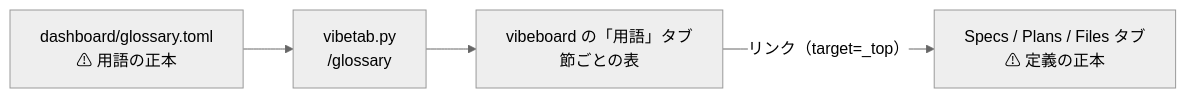
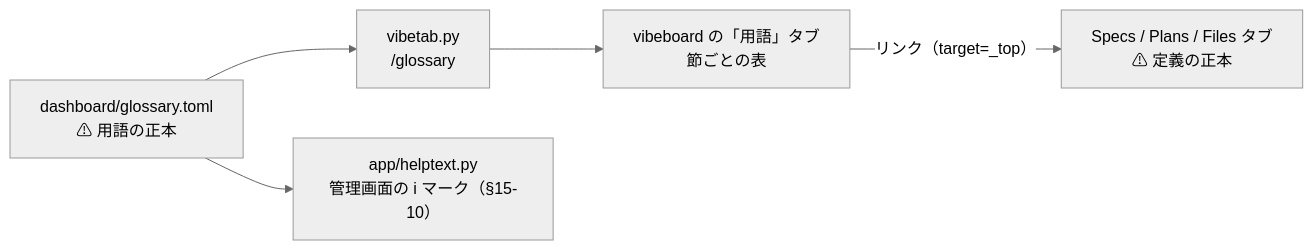
One commit to akiraak/ai-income-lab changed the seventh of 13 diagrams in docs/specs/dashboard.md. Above: the diagram before and after it, drawn with Mermaid (neutral theme). The commit also changed other lines of this file and 21 other files, not shown here.

````diff
--- a/docs/specs/dashboard.md
+++ b/docs/specs/dashboard.md
@@ -369,6 +369,7 @@
 ```mermaid
 flowchart LR
   T["dashboard/glossary.toml<br/>⚠ 用語の正本"] --> V["vibetab.py<br/>/glossary"]
+  T --> H["app/helptext.py<br/>管理画面の i マーク（§15-10）"]
   V --> TAB["vibeboard の「用語」タブ<br/>節ごとの表"]
   TAB -->|"リンク（target=_top）"| DOC["Specs / Plans / Files タブ<br/>⚠ 定義の正本"]
 ```
````
